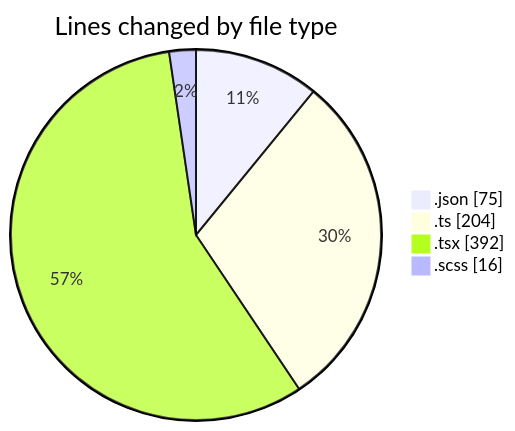
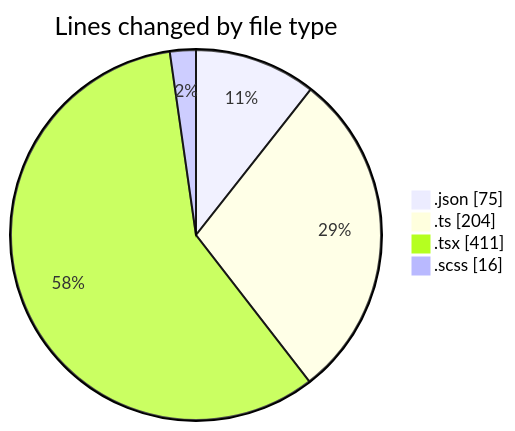
Before and after one commit to momahboobian/code-tracking: the first of 2 diagrams in 2026-04-21/ise-web-ofcom/README.md, drawn with Mermaid. The commit also changed other lines of this file and 1 other file, not shown here.

````diff
--- a/2026-04-21/ise-web-ofcom/README.md
+++ b/2026-04-21/ise-web-ofcom/README.md
@@ -28,8 +28,8 @@
 ```mermaid
 pie showData
 title Lines changed by file type
 ".json" : 75
 ".ts" : 204
-".tsx" : 392
+".tsx" : 411
 ".scss" : 16
 ```
````
